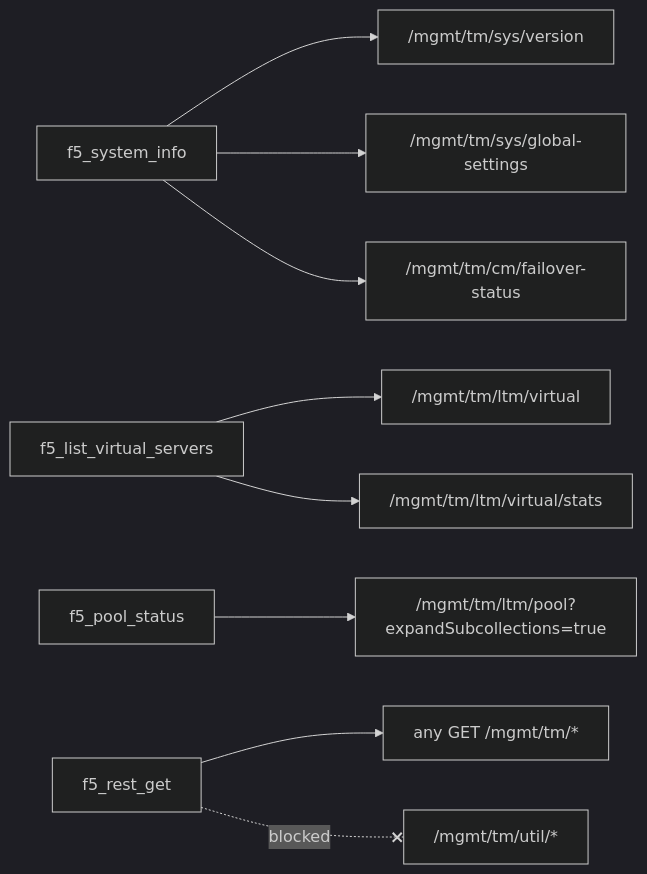
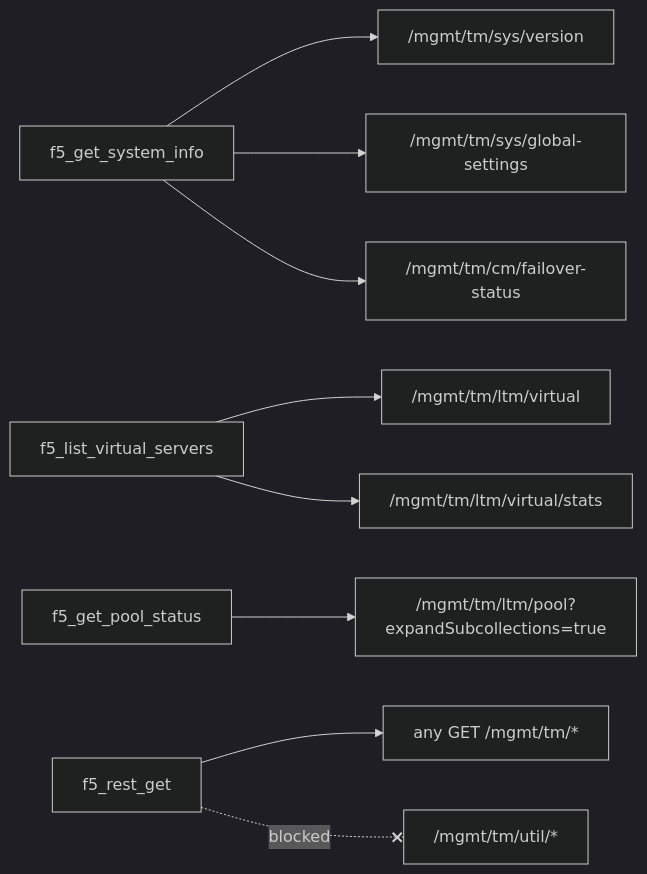
Before and after one commit to ChellaNetAI/f5-mcp-claude: the third of 4 diagrams in README.md, drawn with Mermaid (dark theme). The commit also changed other lines of this file and 6 other files, not shown here.

````diff
--- a/README.md
+++ b/README.md
@@ -81,11 +87,11 @@
 ```mermaid
 flowchart LR
-    T1["f5_system_info"] --> E1["/mgmt/tm/sys/version"]
+    T1["f5_get_system_info"] --> E1["/mgmt/tm/sys/version"]
     T1 --> E2["/mgmt/tm/sys/global-settings"]
     T1 --> E3["/mgmt/tm/cm/failover-status"]
     T2["f5_list_virtual_servers"] --> E4["/mgmt/tm/ltm/virtual"]
     T2 --> E5["/mgmt/tm/ltm/virtual/stats"]
-    T3["f5_pool_status"] --> E6["/mgmt/tm/ltm/pool?expandSubcollections=true"]
+    T3["f5_get_pool_status"] --> E6["/mgmt/tm/ltm/pool?expandSubcollections=true"]
     T4["f5_rest_get"] --> E7["any GET /mgmt/tm/*"]
     T4 -. blocked .-x E8["/mgmt/tm/util/*"]
 ```
````
